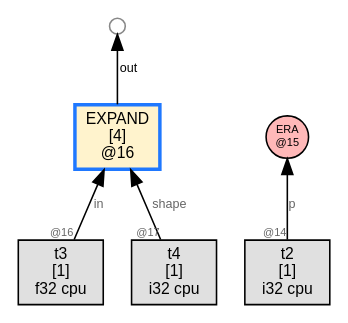
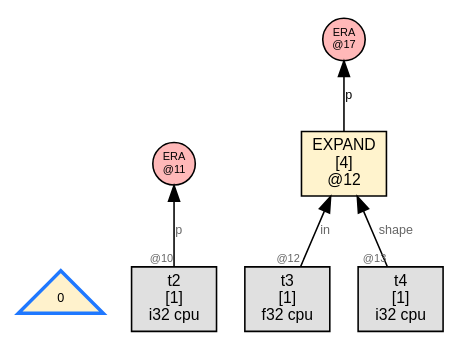
One commit to sw1sh/TinyHVM changed the diagram in wl/examples/thvm_graphs/grad_rules/sum/thvm_1_post_reduce.dot. Above: the diagram before and after it, drawn with Graphviz. The commit also changed 261 other files, not shown here.

```diff
--- a/wl/examples/thvm_graphs/grad_rules/sum/thvm_1_post_reduce.dot
+++ b/wl/examples/thvm_graphs/grad_rules/sum/thvm_1_post_reduce.dot
@@ -1,16 +1,17 @@
 digraph G {
   rankdir=BT;
   node [fontname="Helvetica", fontsize=10, style=filled, shape=box, margin="0.1,0.05"];
   edge [fontsize=8, fontname="Helvetica"];
 
-  n16 [label="EXPAND\n[4]\n@16", shape=box, fillcolor="#fff3cd",color="#1f78ff",penwidth=2.2];
+  num_root [label="0",shape=triangle,fillcolor="#fff2cc",fontsize=8,color="#1f78ff",penwidth=2.2];
+  era11 [label="ERA\n@11",shape=circle,width=0.38,height=0.38,fixedsize=true,fillcolor="#ffb8b8",fontsize=7];
+  t2 [label="t2\n[1]\ni32 cpu",shape=box,fillcolor="#e0e0e0"];
+  t2 -> era11 [label="p",taillabel="@10",labelfontsize=7,fontcolor="#666666"];
+  n12 [label="EXPAND\n[4]\n@12", shape=box, fillcolor="#fff3cd"];
   t3 [label="t3\n[1]\nf32 cpu",shape=box,fillcolor="#e0e0e0"];
-  t3 -> n16 [label="in",taillabel="@16",labelfontsize=7,fontcolor="#666666"];
+  t3 -> n12 [label="in",taillabel="@12",labelfontsize=7,fontcolor="#666666"];
   t4 [label="t4\n[1]\ni32 cpu",shape=box,fillcolor="#e0e0e0"];
-  t4 -> n16 [label="shape",taillabel="@17",labelfontsize=7,fontcolor="#666666"];
-  free16_1000 [label="",shape=circle,width=0.14,height=0.14,fixedsize=true,fillcolor="#ffffff",color="#888888",fontsize=1];
-  n16 -> free16_1000 [label="out"];
-  era15 [label="ERA\n@15",shape=circle,width=0.38,height=0.38,fixedsize=true,fillcolor="#ffb8b8",fontsize=7];
-  t2 [label="t2\n[1]\ni32 cpu",shape=box,fillcolor="#e0e0e0"];
-  t2 -> era15 [label="p",taillabel="@14",labelfontsize=7,fontcolor="#666666"];
+  t4 -> n12 [label="shape",taillabel="@13",labelfontsize=7,fontcolor="#666666"];
+  era17 [label="ERA\n@17",shape=circle,width=0.38,height=0.38,fixedsize=true,fillcolor="#ffb8b8",fontsize=7];
+  n12 -> era17 [label="p"];
 }
```
